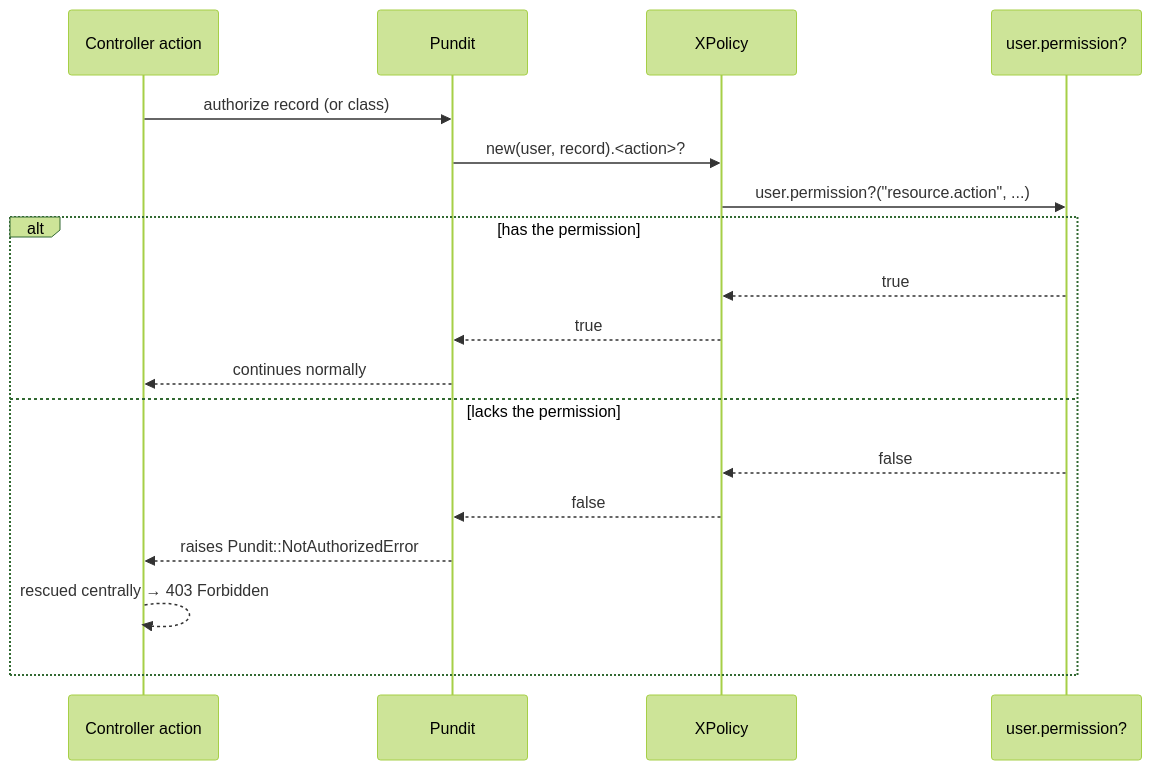
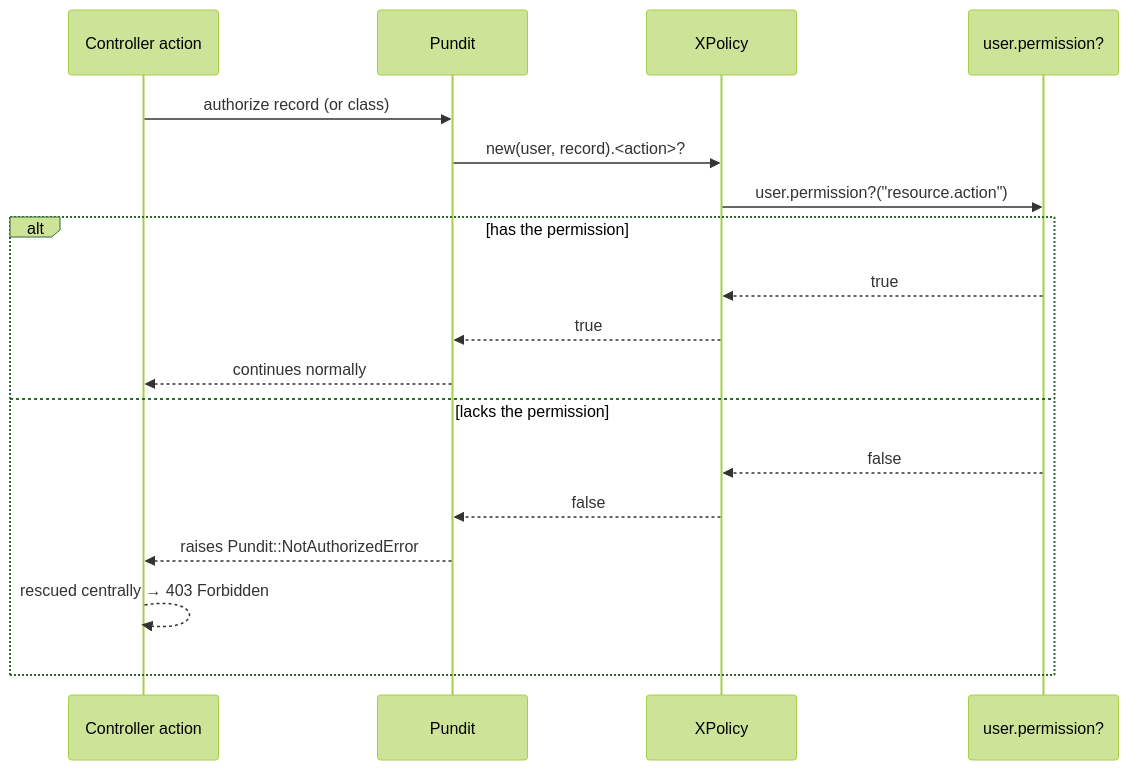
One commit to arya020595/st_dofi_backend changed the eighth of 10 diagrams in docs/rbac/platform-company-isolation.md. Above: the diagram before and after it, drawn with Mermaid (forest theme). The commit also changed other lines of this file and 102 other files, not shown here.

````diff
--- a/docs/rbac/platform-company-isolation.md
+++ b/docs/rbac/platform-company-isolation.md
@@ -670,21 +671,21 @@
 ```mermaid
 sequenceDiagram
     participant Ctrl as Controller action
     participant Pundit
     participant Pol as XPolicy
     participant Perm as user.permission?
 
     Ctrl->>Pundit: authorize record (or class)
     Pundit->>Pol: new(user, record).<action>?
-    Pol->>Perm: user.permission?("resource.action", ...)
+    Pol->>Perm: user.permission?("resource.action")
     alt has the permission
         Perm-->>Pol: true
         Pol-->>Pundit: true
         Pundit-->>Ctrl: continues normally
     else lacks the permission
         Perm-->>Pol: false
         Pol-->>Pundit: false
         Pundit-->>Ctrl: raises Pundit::NotAuthorizedError
         Ctrl-->>Ctrl: rescued centrally → 403 Forbidden
     end
 ```
````
